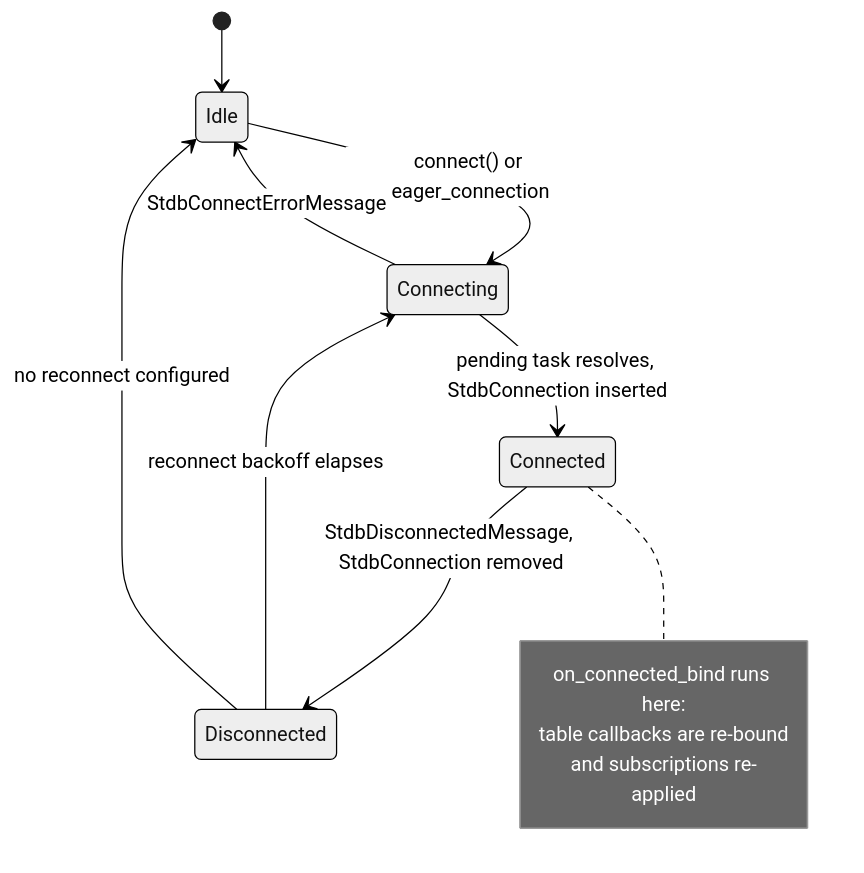
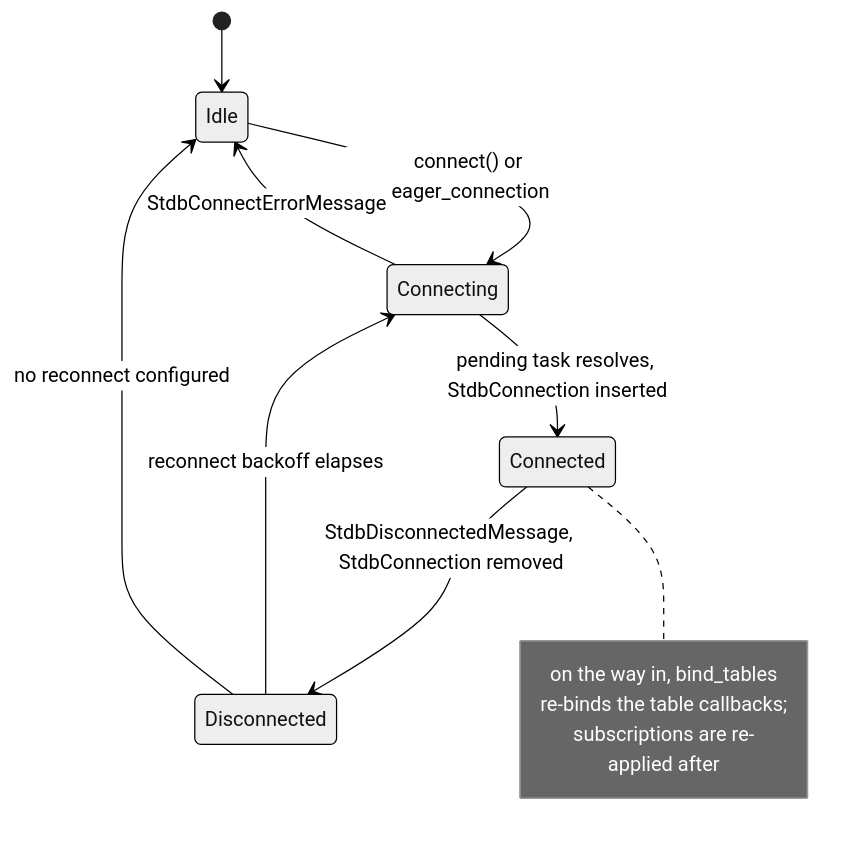
The sixth of 7 diagrams in docs/architecture.md (onx2/bevy_stdb), drawn with Mermaid (neutral theme) before and after one commit. The commit also changed other lines of this file and 1 other file, not shown here.

````diff
--- a/docs/architecture.md
+++ b/docs/architecture.md
@@ -195,16 +200,16 @@
 ```mermaid
 stateDiagram-v2
     [*] --> Idle
     Idle --> Connecting: connect() or eager_connection
     Connecting --> Connected: pending task resolves, StdbConnection inserted
     Connecting --> Idle: StdbConnectErrorMessage
     Connected --> Disconnected: StdbDisconnectedMessage, StdbConnection removed
     Disconnected --> Connecting: reconnect backoff elapses
     Disconnected --> Idle: no reconnect configured
 
     note right of Connected
-        on_connected_bind runs here:
-        table callbacks are re-bound
-        and subscriptions re-applied
+        on the way in, bind_tables
+        re-binds the table callbacks;
+        subscriptions are re-applied after
     end note
 ```
````
